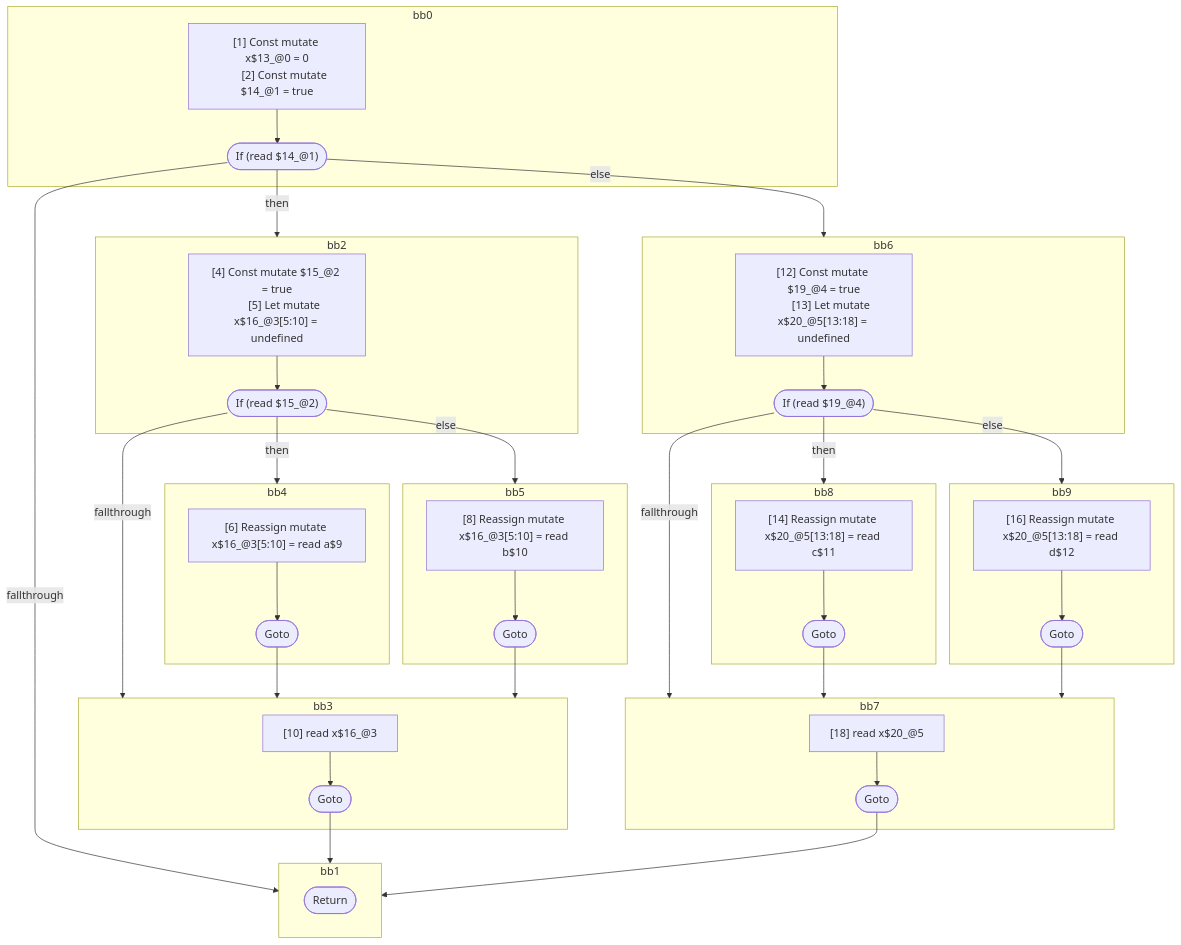
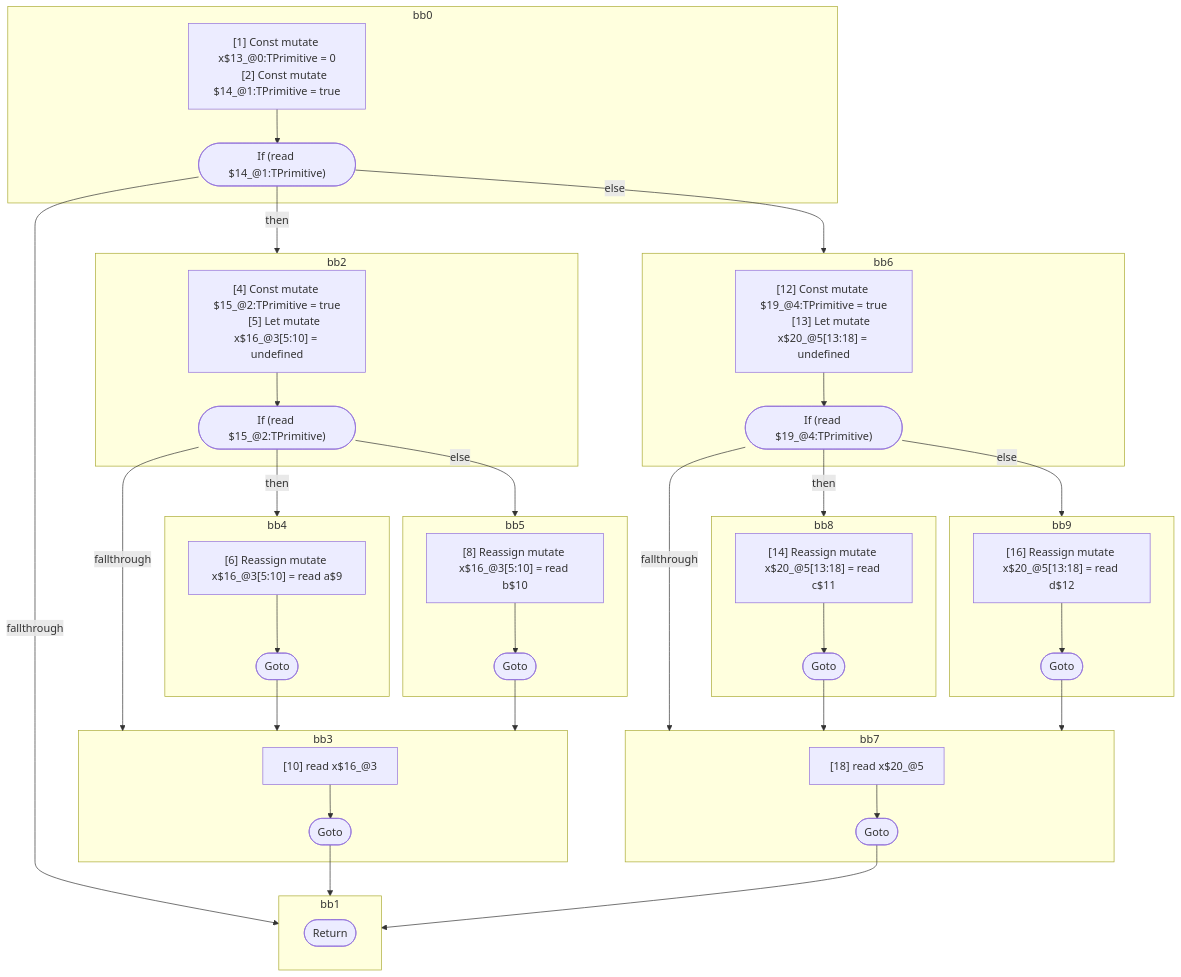
One commit to wutsmog/private changed the diagram in compiler/forget/src/__tests__/fixtures/hir/ssa-sibling-phis.expect.md. Above: the diagram before and after it, drawn with Mermaid. The commit also changed other lines of this file and 112 other files, not shown here.

````diff
--- a/compiler/forget/src/__tests__/fixtures/hir/ssa-sibling-phis.expect.md
+++ b/compiler/forget/src/__tests__/fixtures/hir/ssa-sibling-phis.expect.md
@@ -122,82 +122,82 @@
 ```mermaid
 flowchart TB
   %% Basic Blocks
   subgraph bb0
     bb0_instrs["
-      [1] Const mutate x$13_@0 = 0
-      [2] Const mutate $14_@1 = true
+      [1] Const mutate x$13_@0:TPrimitive = 0
+      [2] Const mutate $14_@1:TPrimitive = true
     "]
-    bb0_instrs --> bb0_terminal(["If (read $14_@1)"])
+    bb0_instrs --> bb0_terminal(["If (read $14_@1:TPrimitive)"])
   end
   subgraph bb2
     bb2_instrs["
-      [4] Const mutate $15_@2 = true
+      [4] Const mutate $15_@2:TPrimitive = true
       [5] Let mutate x$16_@3[5:10] = undefined
     "]
-    bb2_instrs --> bb2_terminal(["If (read $15_@2)"])
+    bb2_instrs --> bb2_terminal(["If (read $15_@2:TPrimitive)"])
   end
   subgraph bb4
     bb4_instrs["
       [6] Reassign mutate x$16_@3[5:10] = read a$9
     "]
     bb4_instrs --> bb4_terminal(["Goto"])
   end
   subgraph bb5
     bb5_instrs["
       [8] Reassign mutate x$16_@3[5:10] = read b$10
     "]
     bb5_instrs --> bb5_terminal(["Goto"])
   end
   subgraph bb3
     bb3_instrs["
       [10] read x$16_@3
     "]
     bb3_instrs --> bb3_terminal(["Goto"])
   end
   subgraph bb6
     bb6_instrs["
-      [12] Const mutate $19_@4 = true
+      [12] Const mutate $19_@4:TPrimitive = true
       [13] Let mutate x$20_@5[13:18] = undefined
     "]
-    bb6_instrs --> bb6_terminal(["If (read $19_@4)"])
+    bb6_instrs --> bb6_terminal(["If (read $19_@4:TPrimitive)"])
   end
   subgraph bb8
     bb8_instrs["
       [14] Reassign mutate x$20_@5[13:18] = read c$11
     "]
     bb8_instrs --> bb8_terminal(["Goto"])
   end
   subgraph bb9
     bb9_instrs["
       [16] Reassign mutate x$20_@5[13:18] = read d$12
     "]
     bb9_instrs --> bb9_terminal(["Goto"])
   end
   subgraph bb7
     bb7_instrs["
       [18] read x$20_@5
     "]
     bb7_instrs --> bb7_terminal(["Goto"])
   end
   subgraph bb1
     bb1_terminal(["Return"])
   end
 
   %% Jumps
   bb0_terminal -- "then" --> bb2
   bb0_terminal -- "else" --> bb6
   bb0_terminal -- "fallthrough" --> bb1
   bb2_terminal -- "then" --> bb4
   bb2_terminal -- "else" --> bb5
   bb2_terminal -- "fallthrough" --> bb3
   bb4_terminal --> bb3
   bb5_terminal --> bb3
   bb3_terminal --> bb1
   bb6_terminal -- "then" --> bb8
   bb6_terminal -- "else" --> bb9
   bb6_terminal -- "fallthrough" --> bb7
   bb8_terminal --> bb7
   bb9_terminal --> bb7
   bb7_terminal --> bb1
 
 ```
````
